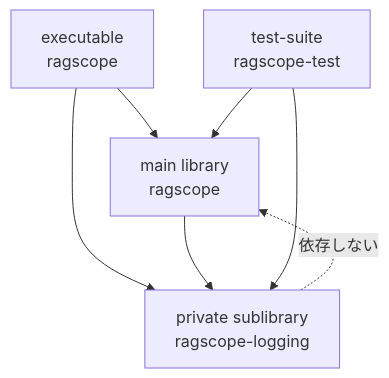
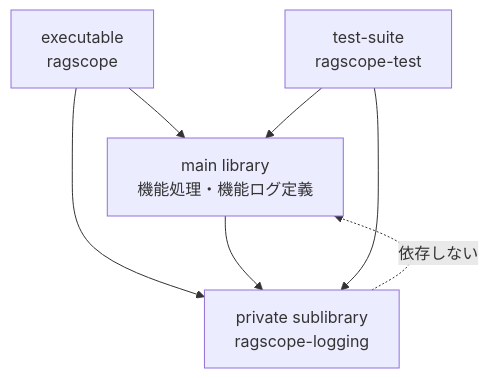
The first of 2 diagrams in project-docs/design/構造化ログ詳細設計.md (takashit16833/RAGScope), drawn with Mermaid before and after one commit. The commit also changed other lines of this file and 4 other files, not shown here.

````diff
--- a/project-docs/design/構造化ログ詳細設計.md
+++ b/project-docs/design/構造化ログ詳細設計.md
@@ -60,14 +15,14 @@
 ```mermaid
 flowchart TD
-    Executable["executable<br>ragscope"]
-    MainLibrary["main library<br>ragscope"]
-    LoggingLibrary["private sublibrary<br>ragscope-logging"]
-    Tests["test-suite<br>ragscope-test"]
+    Exec["executable<br>ragscope"]
+    MainLib["main library<br>機能処理・機能ログ定義"]
+    SubLib["private sublibrary<br>ragscope-logging"]
+    Test["test-suite<br>ragscope-test"]
 
-    Executable --> MainLibrary
-    Executable --> LoggingLibrary
-    MainLibrary --> LoggingLibrary
-    Tests --> MainLibrary
-    Tests --> LoggingLibrary
-    LoggingLibrary -.->|"依存しない"| MainLibrary
+    Exec --> MainLib
+    Exec --> SubLib
+    MainLib --> SubLib
+    Test --> MainLib
+    Test --> SubLib
+    SubLib -.->|"依存しない"| MainLib
 ```
````
